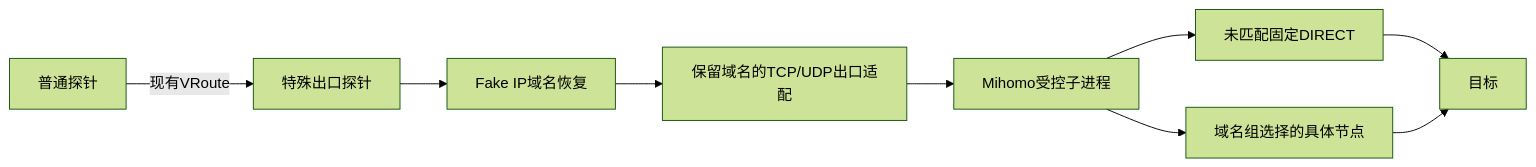
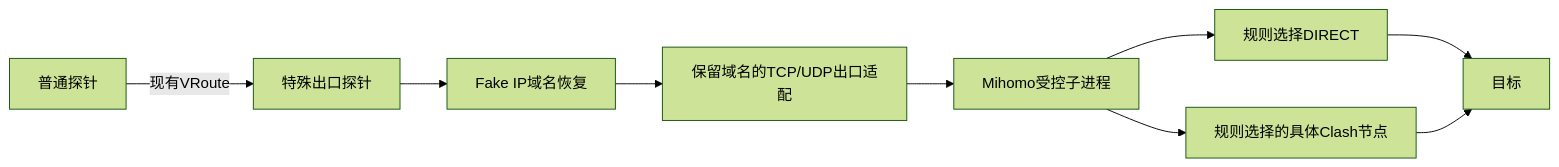
Before and after one commit to fengzhanhuaer/CloudHelper: the diagram in doc/REQ-PEN-MIHOMO-EXIT-001-collaboration.md, drawn with Mermaid (forest theme). The commit also changed other lines of this file and 13 other files, not shown here.

````diff
--- a/doc/REQ-PEN-MIHOMO-EXIT-001-collaboration.md
+++ b/doc/REQ-PEN-MIHOMO-EXIT-001-collaboration.md
@@ -114,11 +116,11 @@
 ```mermaid
 flowchart LR
   A[普通探针] -->|现有VRoute| B[特殊出口探针]
   B --> C[Fake IP域名恢复]
   C --> D[保留域名的TCP/UDP出口适配]
   D --> I[Mihomo受控子进程]
-  I --> E[未匹配固定DIRECT]
-  I --> G[域名组选择的具体节点]
+  I --> E[规则选择DIRECT]
+  I --> G[规则选择的具体Clash节点]
   E --> H[目标]
   G --> H
 ```
````
